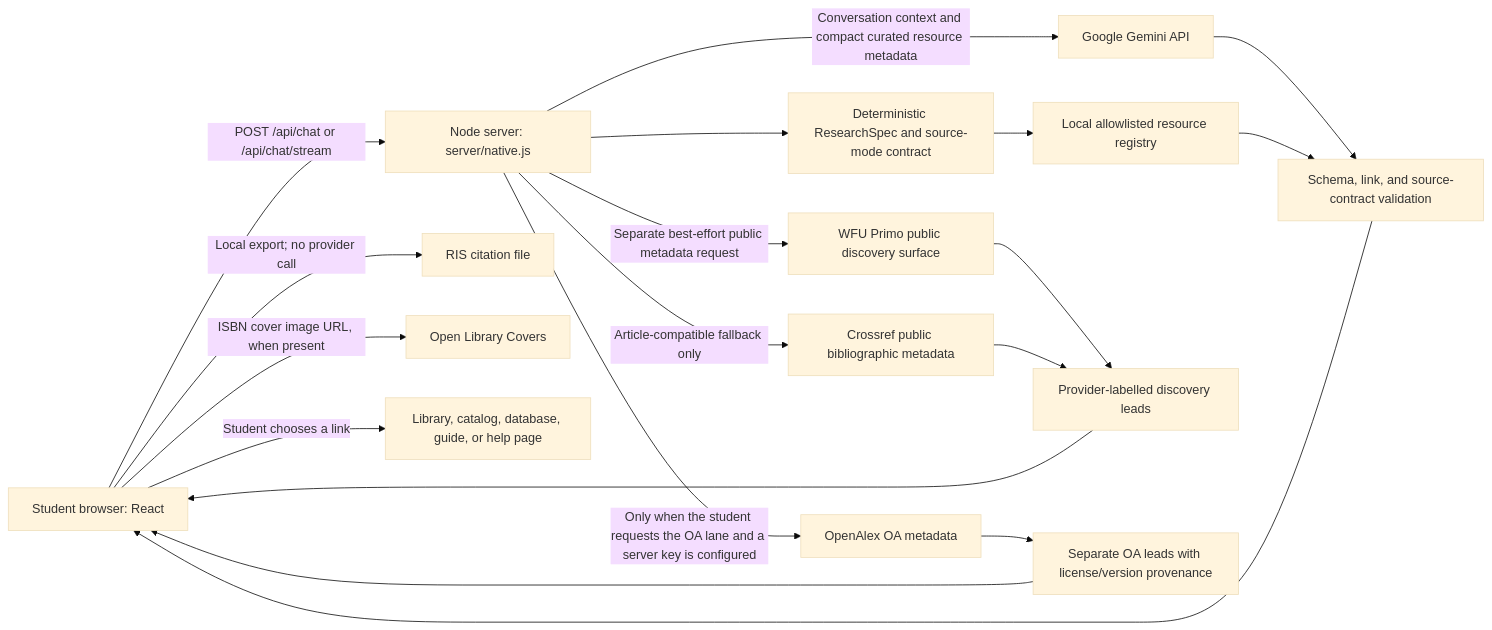
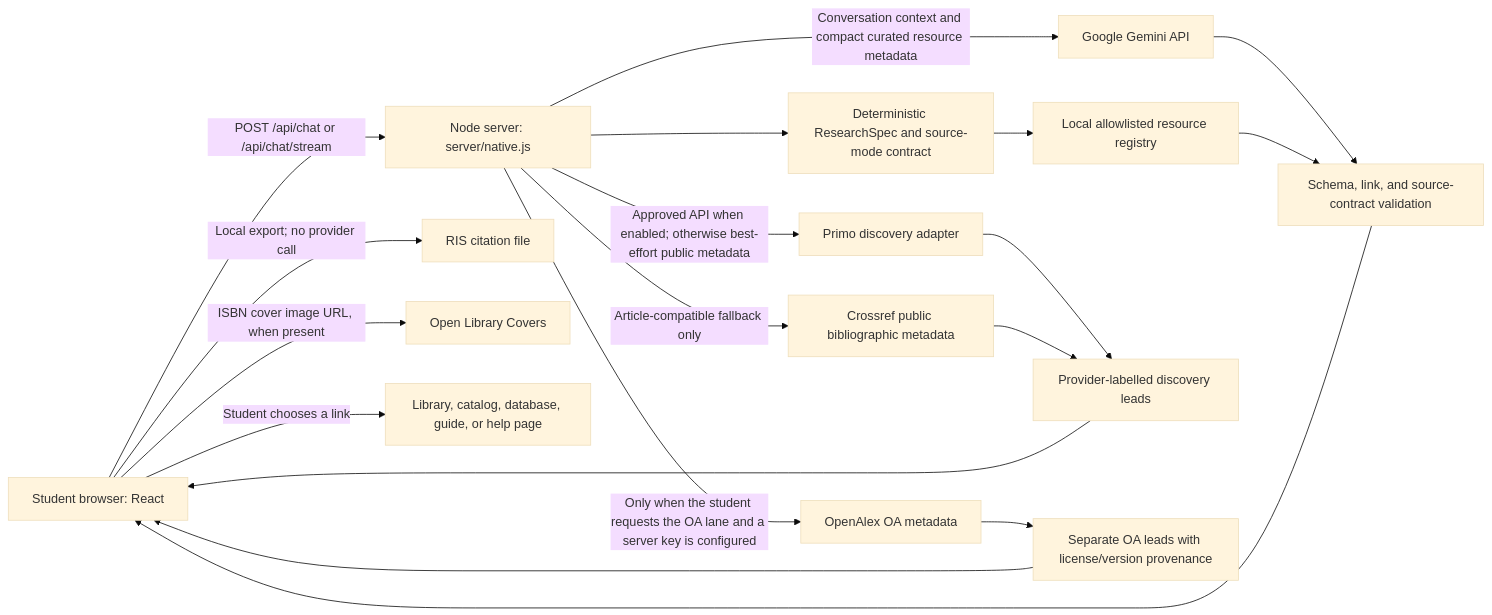
One commit to aidanoliss/ZSR-Library-AI-Research-Navigator changed the diagram in docs/architecture-summary.md. Above: the diagram before and after it, drawn with Mermaid (base theme). The commit also changed other lines of this file and 207 other files, not shown here.

````diff
--- a/docs/architecture-summary.md
+++ b/docs/architecture-summary.md
@@ -7,21 +7,21 @@
 ```mermaid
 flowchart LR
   Browser["Student browser: React"] -->|"POST /api/chat or /api/chat/stream"| Server["Node server: server/native.js"]
   Server --> Spec["Deterministic ResearchSpec and source-mode contract"]
   Spec --> Registry["Local allowlisted resource registry"]
   Server -->|"Conversation context and compact curated resource metadata"| Gemini["Google Gemini API"]
   Gemini --> Validate["Schema, link, and source-contract validation"]
   Registry --> Validate
-  Server -->|"Separate best-effort public metadata request"| Primo["WFU Primo public discovery surface"]
+  Server -->|"Approved API when enabled; otherwise best-effort public metadata"| Primo["Primo discovery adapter"]
   Server -->|"Article-compatible fallback only"| Crossref["Crossref public bibliographic metadata"]
   Server -->|"Only when the student requests the OA lane and a server key is configured"| OpenAlex["OpenAlex OA metadata"]
   Primo --> Results["Provider-labelled discovery leads"]
   Crossref --> Results
   OpenAlex --> OAResults["Separate OA leads with license/version provenance"]
   Validate --> Browser
   Results --> Browser
   OAResults --> Browser
   Browser -->|"Local export; no provider call"| RIS["RIS citation file"]
   Browser -->|"ISBN cover image URL, when present"| OpenLibrary["Open Library Covers"]
   Browser -->|"Student chooses a link"| External["Library, catalog, database, guide, or help page"]
 ```
````
